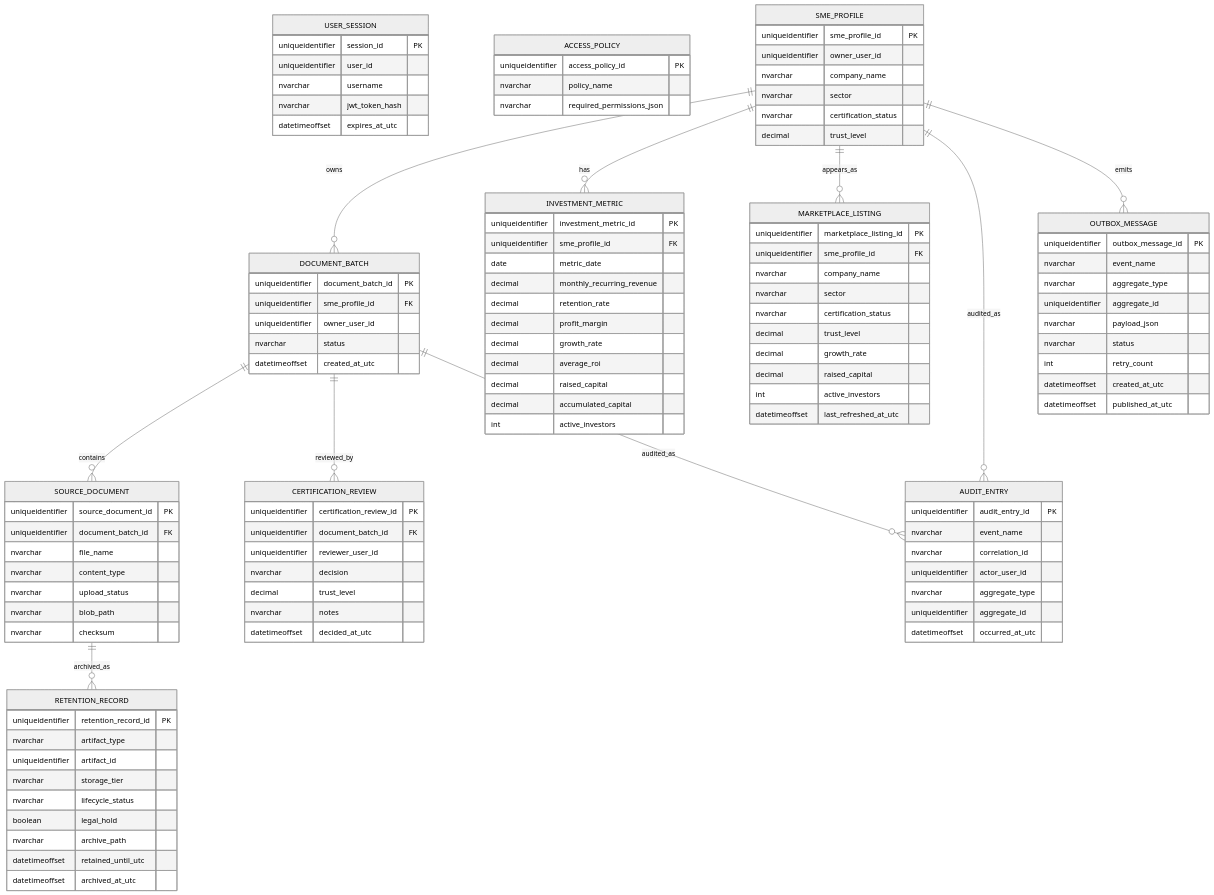
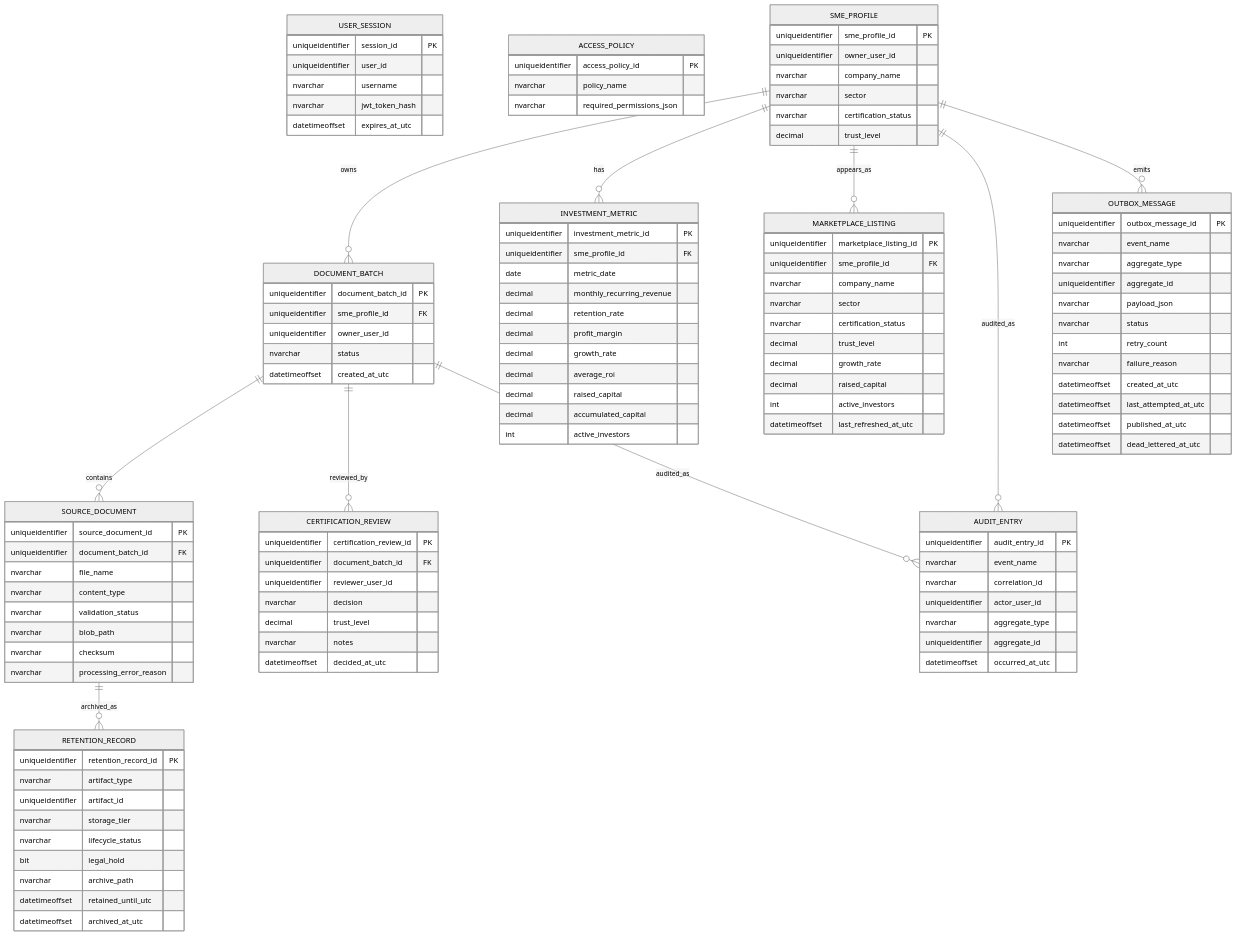
Before and after one commit to danielpulido01/QuietWealth: the fifth of 5 diagrams in README.md, drawn with Mermaid (neutral theme). The commit also changed other lines of this file, not shown here.

```diff
--- a/README.md
+++ b/README.md
@@ -2973,9 +2974,10 @@
     uniqueidentifier document_batch_id FK
     nvarchar file_name
     nvarchar content_type
-    nvarchar upload_status
+    nvarchar validation_status
     nvarchar blob_path
     nvarchar checksum
+    nvarchar processing_error_reason
   }
 
   CERTIFICATION_REVIEW {
@@ -3031,7 +3033,7 @@
     uniqueidentifier artifact_id
     nvarchar storage_tier
     nvarchar lifecycle_status
-    boolean legal_hold
+    bit legal_hold
     nvarchar archive_path
     datetimeoffset retained_until_utc
     datetimeoffset archived_at_utc
@@ -3045,8 +3047,11 @@
     nvarchar payload_json
     nvarchar status
     int retry_count
+    nvarchar failure_reason
     datetimeoffset created_at_utc
+    datetimeoffset last_attempted_at_utc
     datetimeoffset published_at_utc
+    datetimeoffset dead_lettered_at_utc
   }
 
   SME_PROFILE ||--o{ DOCUMENT_BATCH : owns
```
